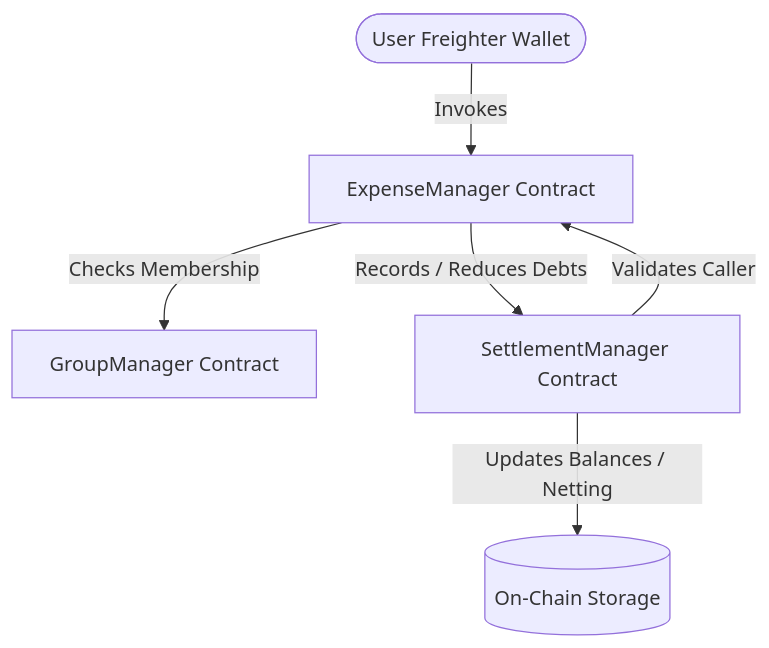
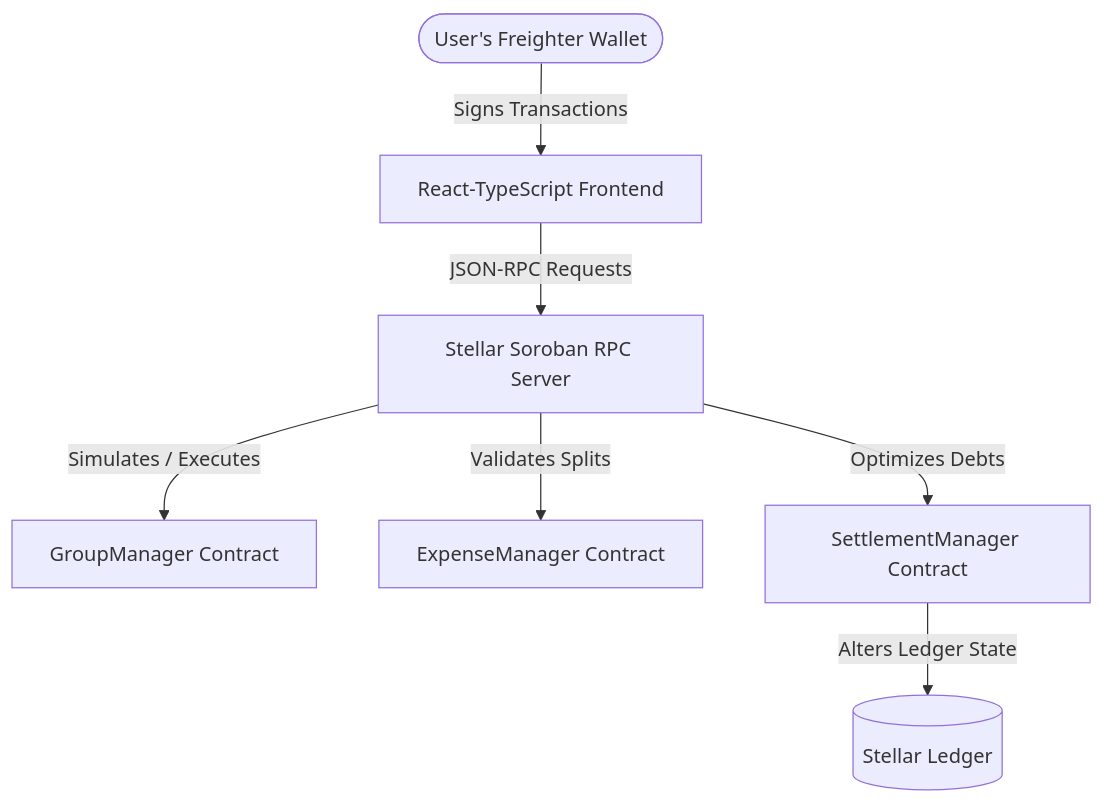
The first of 2 diagrams in README.md (rohan-tech21/SplitPay), drawn with Mermaid before and after one commit. The commit also changed other lines of this file, not shown here.

````diff
--- a/README.md
+++ b/README.md
@@ -24,8 +204,9 @@
 ```mermaid
 graph TD
-    User([User Freighter Wallet]) -->|Invokes| EM[ExpenseManager Contract]
-    EM -->|Checks Membership| GM[GroupManager Contract]
-    EM -->|Records / Reduces Debts| SM[SettlementManager Contract]
-    SM -->|Validates Caller| EM
-    SM -->|Updates Balances / Netting| Storage[(On-Chain Storage)]
+    User([User's Freighter Wallet]) -->|Signs Transactions| UI[React-TypeScript Frontend]
+    UI -->|JSON-RPC Requests| RPC[Stellar Soroban RPC Server]
+    RPC -->|Simulates / Executes| GM[GroupManager Contract]
+    RPC -->|Validates Splits| EM[ExpenseManager Contract]
+    RPC -->|Optimizes Debts| SM[SettlementManager Contract]
+    SM -->|Alters Ledger State| Ledger[(Stellar Ledger)]
 ```
````
